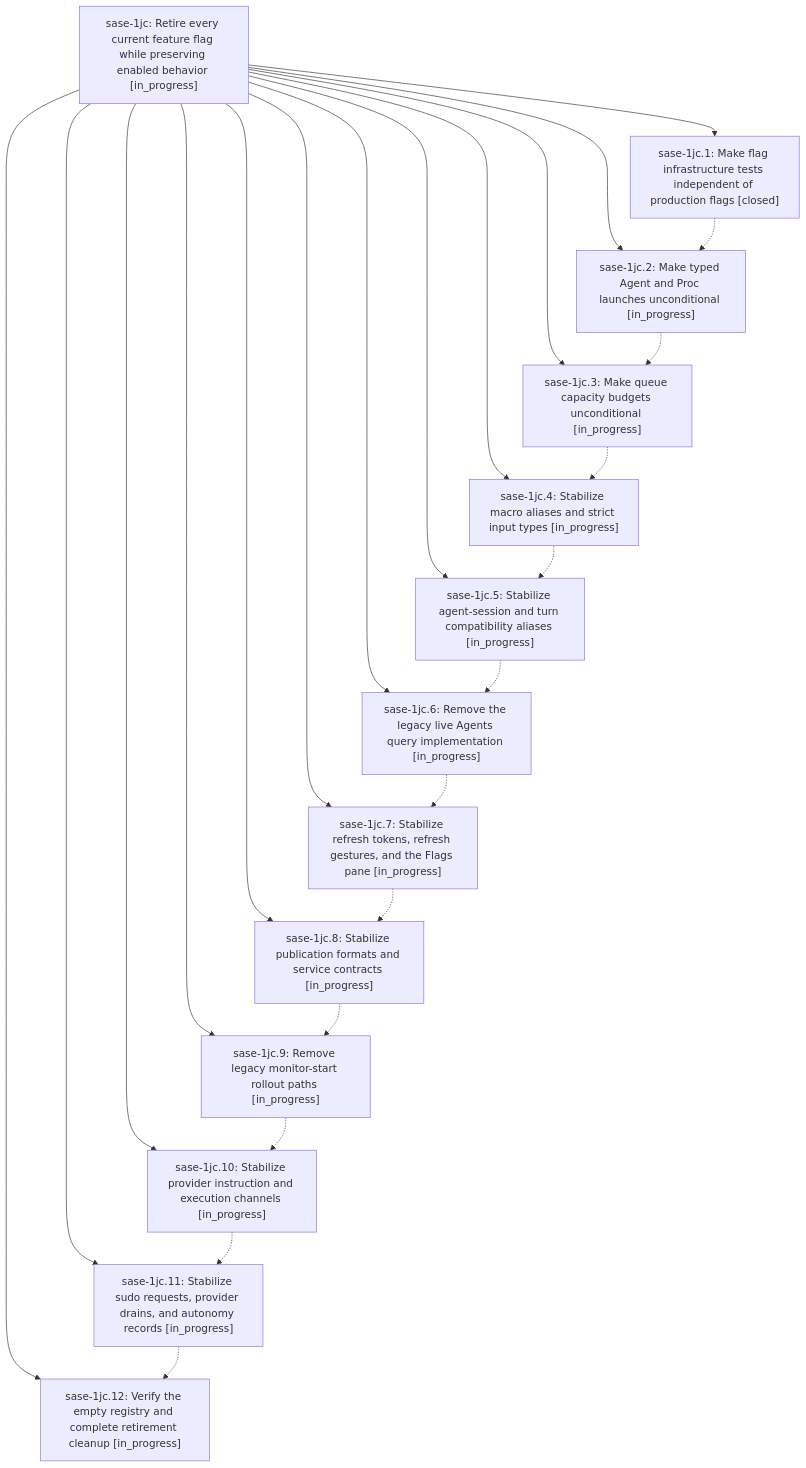
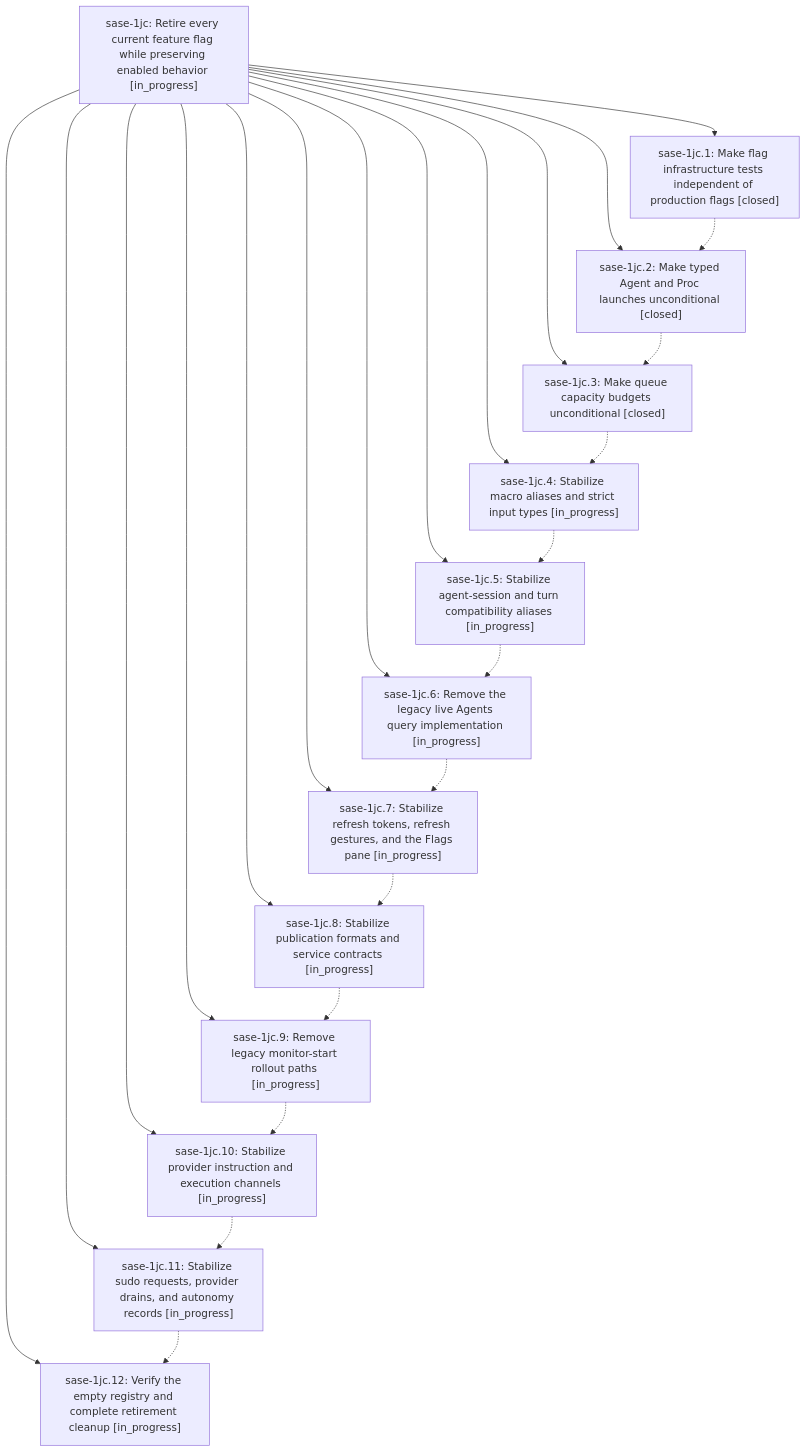
Before and after one commit to sase-org/sase--beads: the diagram in pages/sase-1jc/README.md, drawn with Mermaid. The commit also changed other lines of this file and 4 other files, not shown here.

````diff
--- a/pages/sase-1jc/README.md
+++ b/pages/sase-1jc/README.md
@@ -45,39 +45,39 @@
 ```mermaid
 flowchart TD
     n0["sase-1jc: Retire every current feature flag while preserving enabled behavior [in_progress]"]
     n1["sase-1jc.1: Make flag infrastructure tests independent of production flags [closed]"]
     n2["sase-1jc.10: Stabilize provider instruction and execution channels [in_progress]"]
     n3["sase-1jc.11: Stabilize sudo requests, provider drains, and autonomy records [in_progress]"]
     n4["sase-1jc.12: Verify the empty registry and complete retirement cleanup [in_progress]"]
-    n5["sase-1jc.2: Make typed Agent and Proc launches unconditional [in_progress]"]
-    n6["sase-1jc.3: Make queue capacity budgets unconditional [in_progress]"]
+    n5["sase-1jc.2: Make typed Agent and Proc launches unconditional [closed]"]
+    n6["sase-1jc.3: Make queue capacity budgets unconditional [closed]"]
     n7["sase-1jc.4: Stabilize macro aliases and strict input types [in_progress]"]
     n8["sase-1jc.5: Stabilize agent-session and turn compatibility aliases [in_progress]"]
     n9["sase-1jc.6: Remove the legacy live Agents query implementation [in_progress]"]
     n10["sase-1jc.7: Stabilize refresh tokens, refresh gestures, and the Flags pane [in_progress]"]
     n11["sase-1jc.8: Stabilize publication formats and service contracts [in_progress]"]
     n12["sase-1jc.9: Remove legacy monitor-start rollout paths [in_progress]"]
     n0 --> n1
     n0 --> n2
     n0 --> n3
     n0 --> n4
     n0 --> n5
     n0 --> n6
     n0 --> n7
     n0 --> n8
     n0 --> n9
     n0 --> n10
     n0 --> n11
     n0 --> n12
     n1 -.-> n5
     n2 -.-> n3
     n3 -.-> n4
     n5 -.-> n6
     n6 -.-> n7
     n7 -.-> n8
     n8 -.-> n9
     n9 -.-> n10
     n10 -.-> n11
     n11 -.-> n12
     n12 -.-> n2
 ```
````
